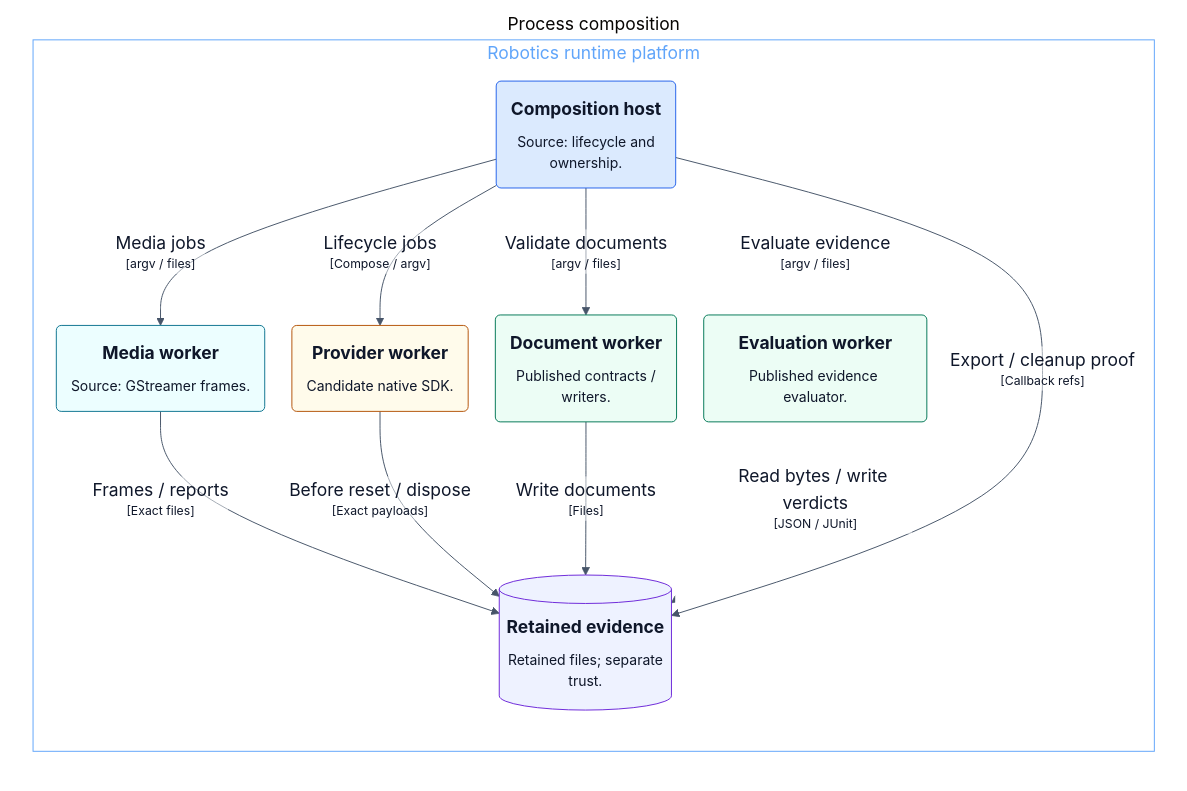
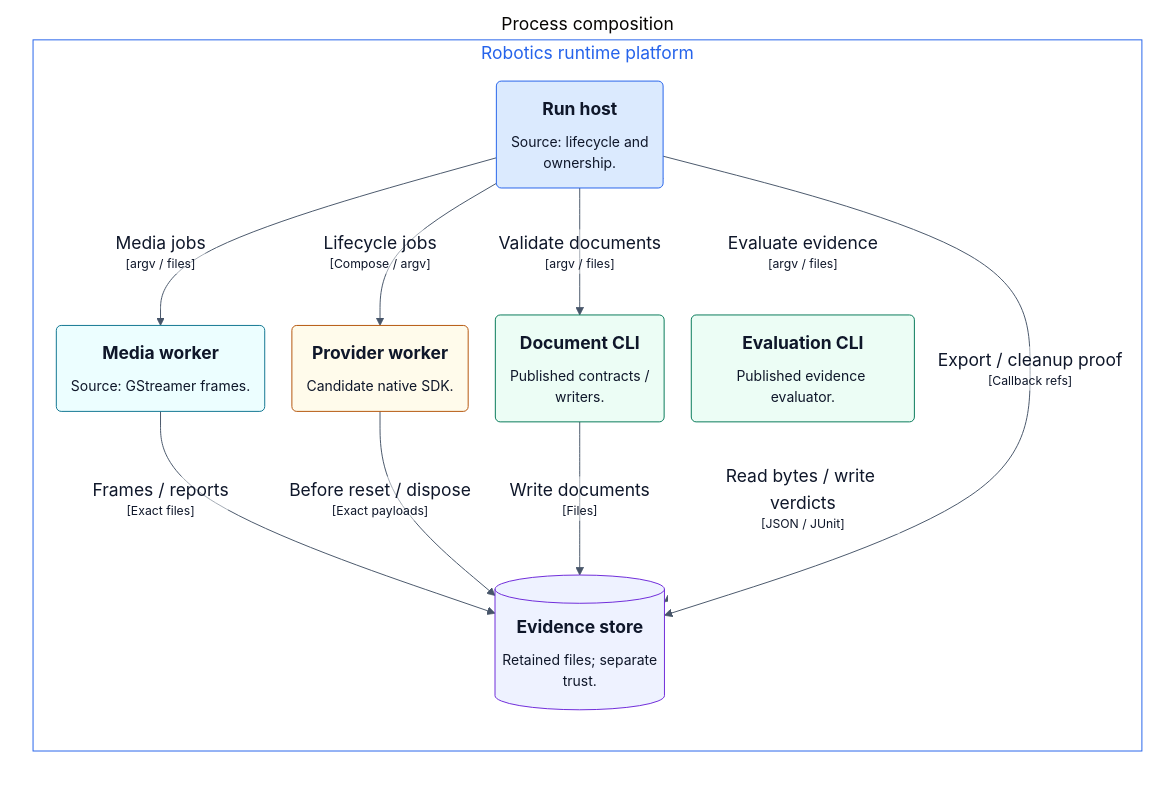
Before and after one commit to mmkolpakov/robotics-runtime: the first of 2 diagrams in README.md, drawn with Mermaid. The commit also changed other lines of this file and 12 other files, not shown here.

Commit message:
Keep native diagram labels complete at README scale

````diff
--- a/README.md
+++ b/README.md
@@ -53,37 +53,37 @@
 ```mermaid
 %%{init: {"theme":"base","themeVariables":{"fontFamily":"Arial, Segoe UI, sans-serif","fontSize":"18px","primaryTextColor":"#0f172a","lineColor":"#475569","edgeLabelBackground":"#ffffff","clusterBkg":"#f8fafc","clusterBorder":"#94a3b8","primaryColor":"#eff6ff","primaryBorderColor":"#64748b","secondaryColor":"#f1f5f9","tertiaryColor":"#f8fafc","noteBkgColor":"#fff7ed","noteBorderColor":"#b45309","noteTextColor":"#0f172a"},"flowchart":{"curve":"basis","htmlLabels":true,"nodeSpacing":28,"rankSpacing":35,"useMaxWidth":false},"sequence":{"useMaxWidth":false,"actorMargin":35,"width":165,"wrap":true,"noteMargin":10},"state":{"useMaxWidth":false}}}%%
 graph LR
   linkStyle default fill:#ffffff
 
   subgraph diagram ["Process composition"]
     style diagram fill:#ffffff,stroke:#ffffff
 
     subgraph 7 ["Robotics runtime platform"]
-      style 7 fill:#ffffff,stroke:#60a5fa,color:#60a5fa
+      style 7 fill:#ffffff,stroke:#2563eb,color:#2563eb
 
-      10("<div style='font-weight: bold'>Evaluation worker</div><div style='font-size: 80%; margin-top:10px'>Published evidence evaluator.</div>")
+      10("<div style='font-weight: bold'>Evaluation CLI</div><div style='font-size: 80%; margin-top:10px'>Published evidence evaluator.</div>")
       style 10 fill:#ecfdf5,stroke:#047857,color:#0f172a
       11("<div style='font-weight: bold'>Provider worker</div><div style='font-size: 80%; margin-top:10px'>Candidate native SDK.</div>")
       style 11 fill:#fffbeb,stroke:#b45309,color:#0f172a
       12("<div style='font-weight: bold'>Media worker</div><div style='font-size: 80%; margin-top:10px'>Source: GStreamer frames.</div>")
       style 12 fill:#ecfeff,stroke:#0e7490,color:#0f172a
-      13[("<div style='font-weight: bold'>Retained evidence</div><div style='font-size: 80%; margin-top:10px'>Retained files; separate<br />trust.</div>")]
+      13[("<div style='font-weight: bold'>Evidence store</div><div style='font-size: 80%; margin-top:10px'>Retained files; separate<br />trust.</div>")]
       style 13 fill:#eef2ff,stroke:#6d28d9,color:#0f172a
-      8("<div style='font-weight: bold'>Composition host</div><div style='font-size: 80%; margin-top:10px'>Source: lifecycle and<br />ownership.</div>")
+      8("<div style='font-weight: bold'>Run host</div><div style='font-size: 80%; margin-top:10px'>Source: lifecycle and<br />ownership.</div>")
       style 8 fill:#dbeafe,stroke:#2563eb,color:#0f172a
-      9("<div style='font-weight: bold'>Document worker</div><div style='font-size: 80%; margin-top:10px'>Published contracts /<br />writers.</div>")
+      9("<div style='font-weight: bold'>Document CLI</div><div style='font-size: 80%; margin-top:10px'>Published contracts /<br />writers.</div>")
       style 9 fill:#ecfdf5,stroke:#047857,color:#0f172a
     end
 
     8-- "<div>Validate documents</div><div style='font-size: 70%'>[argv / files]</div>" -->9
     8-- "<div>Evaluate evidence</div><div style='font-size: 70%'>[argv / files]</div>" -->10
     8-- "<div>Lifecycle jobs</div><div style='font-size: 70%'>[Compose / argv]</div>" -->11
     8-- "<div>Media jobs</div><div style='font-size: 70%'>[argv / files]</div>" -->12
     12-- "<div>Frames / reports</div><div style='font-size: 70%'>[Exact files]</div>" -->13
     11-- "<div>Before reset / dispose</div><div style='font-size: 70%'>[Exact payloads]</div>" -->13
     9-- "<div>Write documents</div><div style='font-size: 70%'>[Files]</div>" -->13
     10-- "<div>Read bytes / write verdicts</div><div style='font-size: 70%'>[JSON / JUnit]</div>" -->13
     8-- "<div>Export / cleanup proof</div><div style='font-size: 70%'>[Callback refs]</div>" -->13
 
   end
 ```
````
